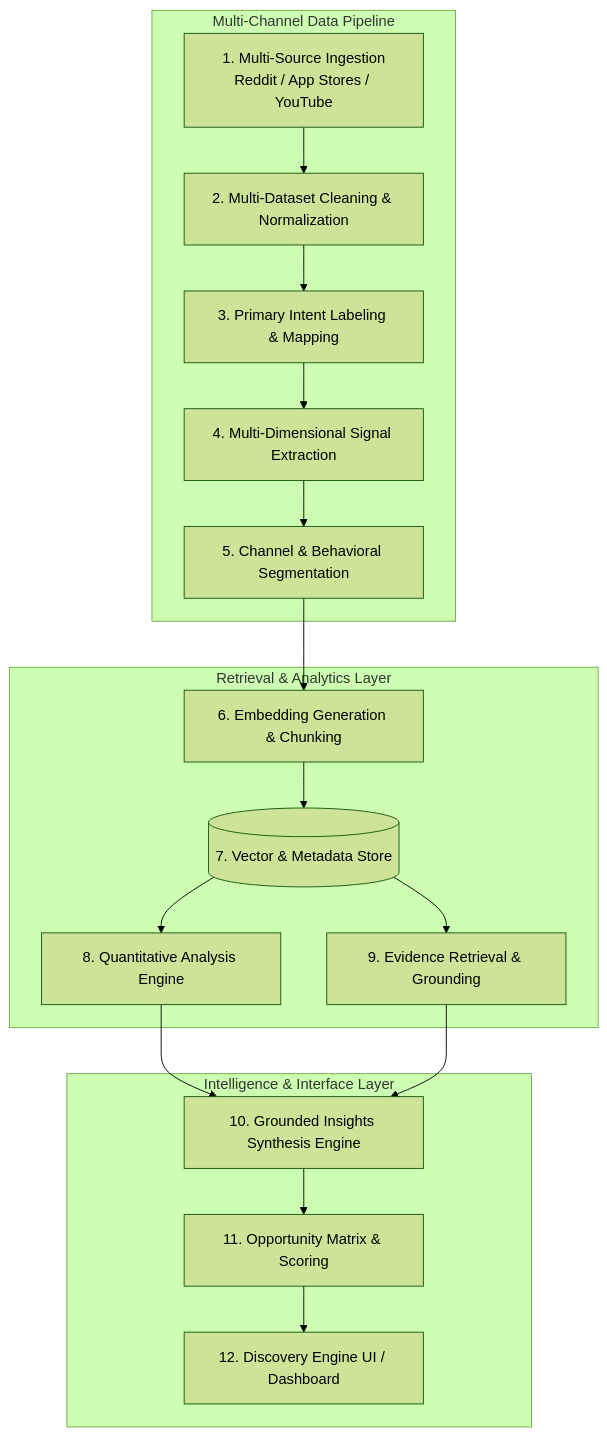
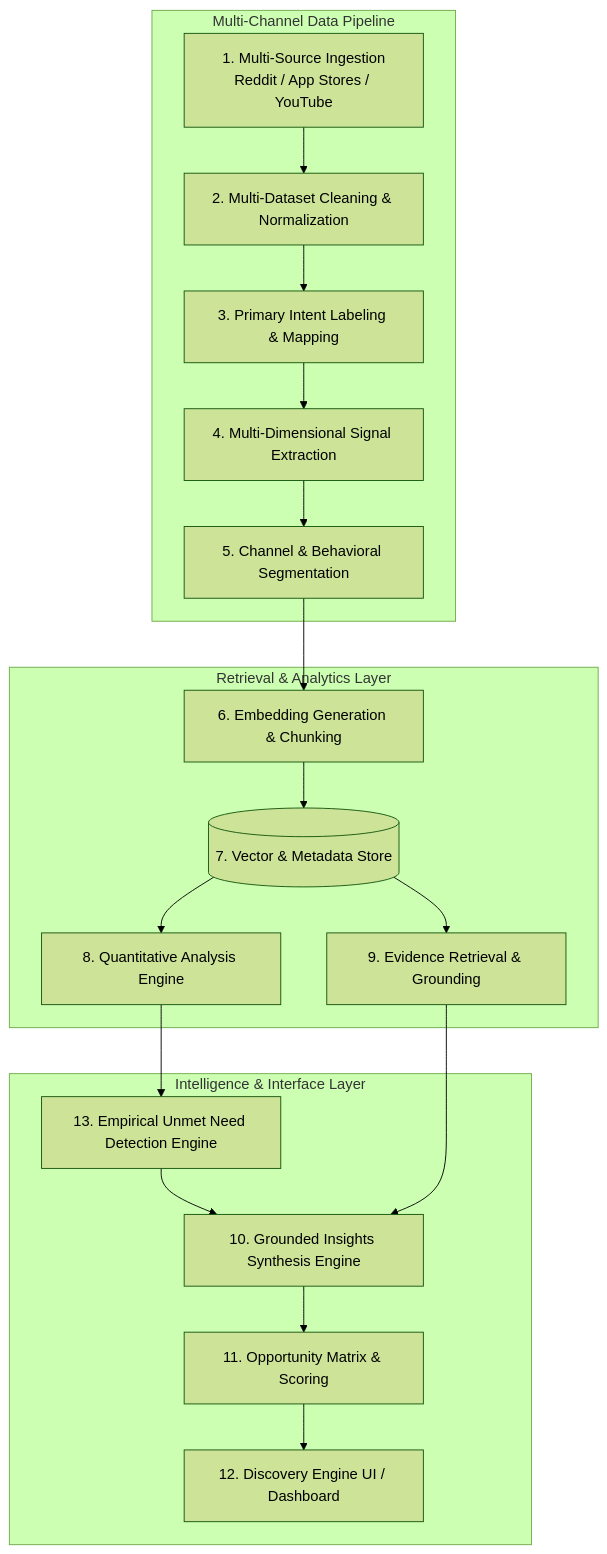
Before and after one commit to pallavi7693-sudo/myntra-ai-discovery-engine: the first of 3 diagrams in docs/architecture.md, drawn with Mermaid (forest theme). The commit also changed 8 other files, not shown here.

Commit message:
Integrate empirical UNMET NEED DETECTION engine between QUANTIFY and SYNTHESIS stages

````diff
--- a/docs/architecture.md
+++ b/docs/architecture.md
@@ -29,22 +29,23 @@
 ```mermaid
 flowchart TD
     subgraph Multi-Channel Data Pipeline
         M1[1. Multi-Source Ingestion<br/>Reddit / App Stores / YouTube] --> M2[2. Multi-Dataset Cleaning & Normalization]
         M2 --> M3[3. Primary Intent Labeling & Mapping]
         M3 --> M4[4. Multi-Dimensional Signal Extraction]
         M4 --> M5[5. Channel & Behavioral Segmentation]
     end
 
     subgraph Retrieval & Analytics Layer
         M5 --> M6[6. Embedding Generation & Chunking]
         M6 --> M7[(7. Vector & Metadata Store)]
         M7 --> M8[8. Quantitative Analysis Engine]
         M7 --> M9[9. Evidence Retrieval & Grounding]
     end
 
     subgraph Intelligence & Interface Layer
-        M8 & M9 --> M10[10. Grounded Insights Synthesis Engine]
+        M8 --> M13[13. Empirical Unmet Need Detection Engine]
+        M13 & M9 --> M10[10. Grounded Insights Synthesis Engine]
         M10 --> M11[11. Opportunity Matrix & Scoring]
         M11 --> M12[12. Discovery Engine UI / Dashboard]
     end
 ```
````
